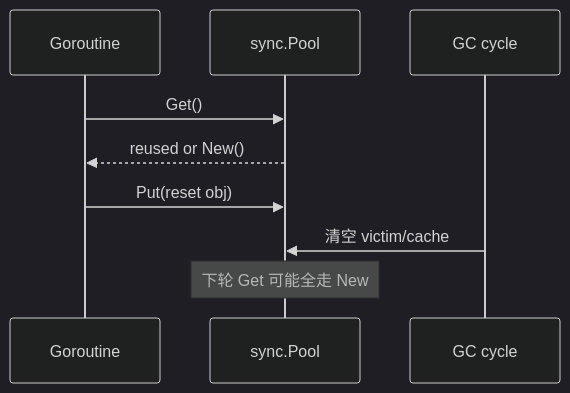
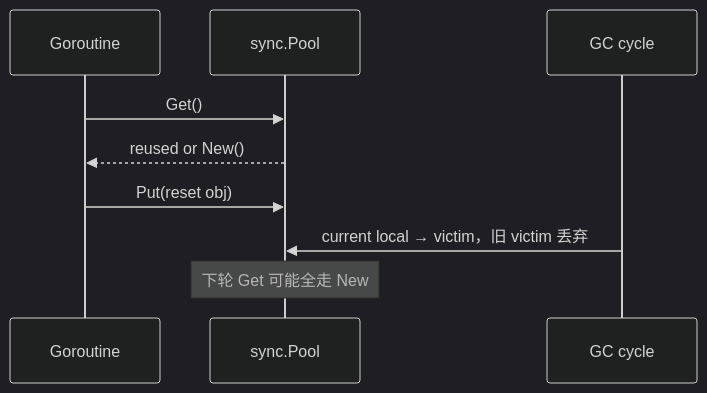
Before and after one commit to twodog-tt/Golang-development-manual: the diagram in docs/interview/01-runtime-concurrency/S-CONC-10-sync-pool.md, drawn with Mermaid (dark theme). The commit also changed other lines of this file and 438 other files, not shown here.

````diff
--- a/docs/interview/01-runtime-concurrency/S-CONC-10-sync-pool.md
+++ b/docs/interview/01-runtime-concurrency/S-CONC-10-sync-pool.md
@@ -31,11 +31,11 @@
 ```mermaid
 sequenceDiagram
   participant G as Goroutine
   participant Pool as sync.Pool
   participant GC as GC cycle
   G->>Pool: Get()
   Pool-->>G: reused or New()
   G->>Pool: Put(reset obj)
-  GC->>Pool: 清空 victim/cache
+  GC->>Pool: current local → victim，旧 victim 丢弃
   Note over Pool: 下轮 Get 可能全走 New
 ```
````
